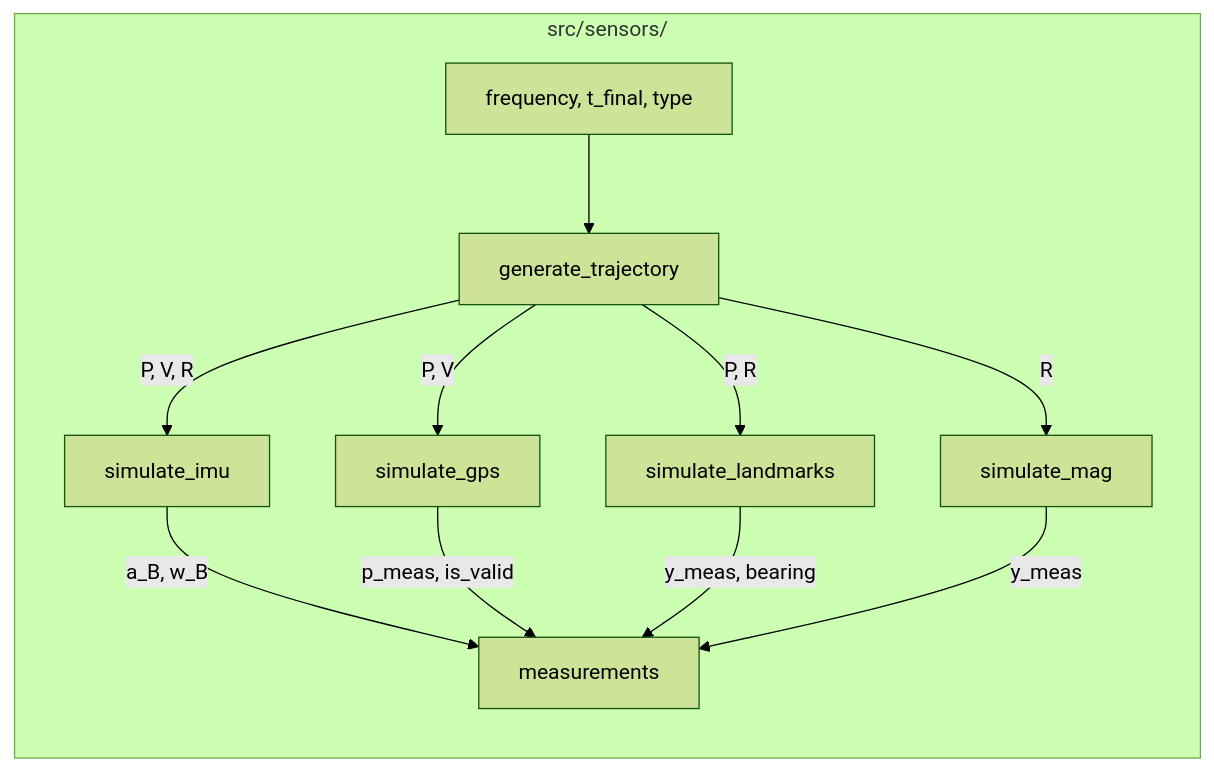
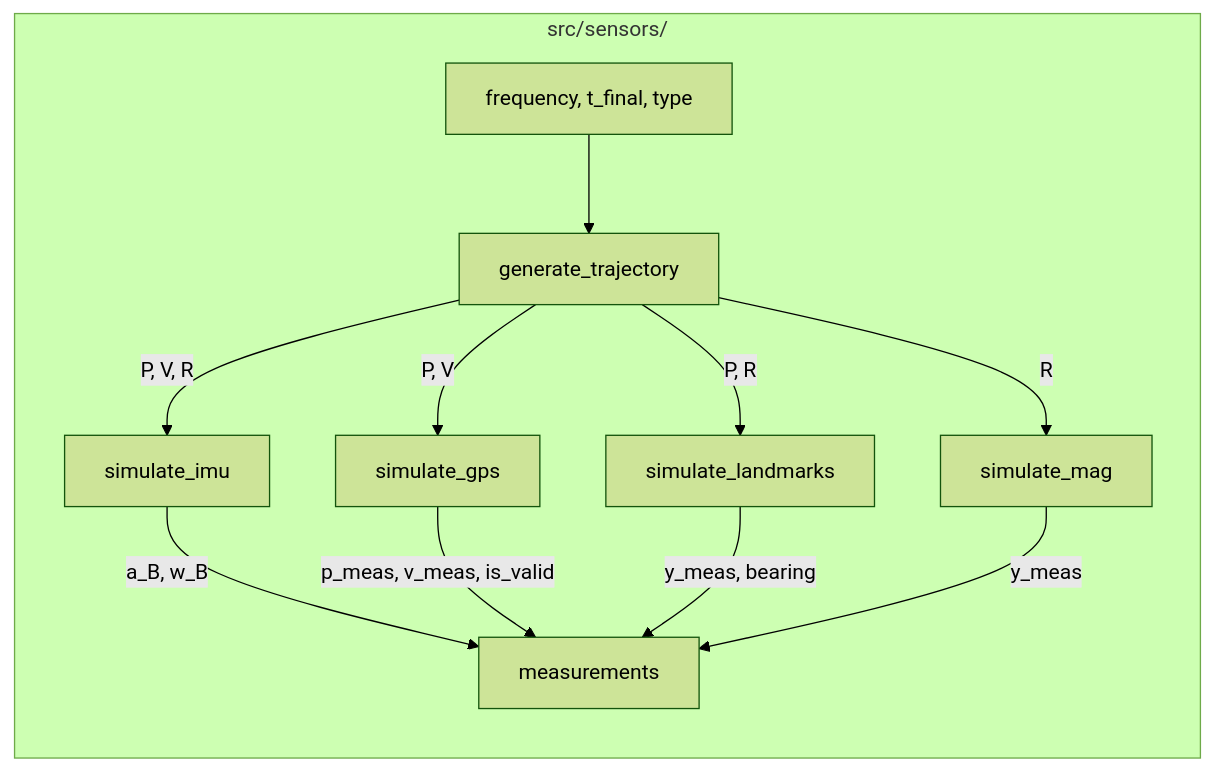
One commit to Sifouu/V0_Sif_Refactored_INS changed the second of 4 diagrams in README.md. Above: the diagram before and after it, drawn with Mermaid (forest theme). The commit also changed other lines of this file, not shown here.

Commit message:
Docs: Update GPS outputs in README to include velocity

````diff
--- a/README.md
+++ b/README.md
@@ -39,14 +39,14 @@
 ```mermaid
 graph LR
     subgraph "src/sensors/"
         A[frequency, t_final, type] --> TRJ[generate_trajectory]
         TRJ --> |P, V, R| IMU[simulate_imu]
         TRJ --> |P, V| GPS[simulate_gps]
         TRJ --> |P, R| CAM[simulate_landmarks]
         TRJ --> |R| MAG[simulate_mag]
         IMU --> |a_B, w_B| OUT[measurements]
-        GPS --> |p_meas, is_valid| OUT
+        GPS --> |p_meas, v_meas, is_valid| OUT
         CAM --> |y_meas, bearing| OUT
         MAG --> |y_meas| OUT
     end
 ```
````
